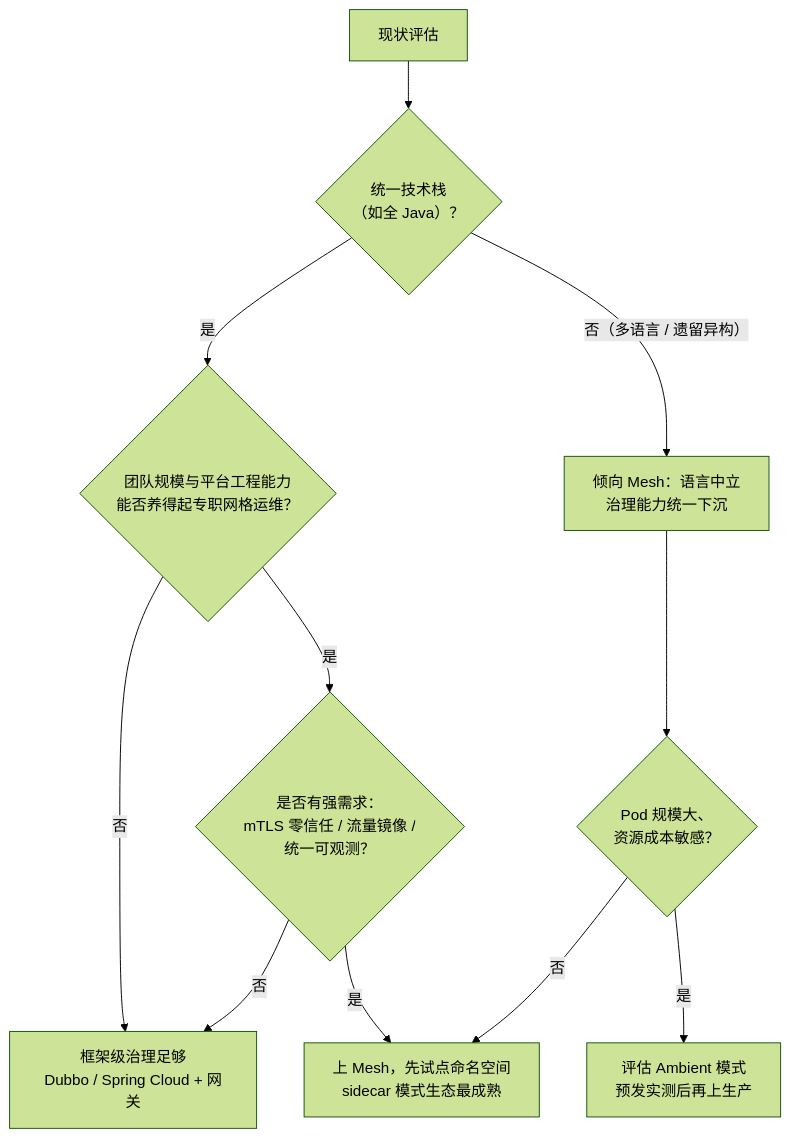
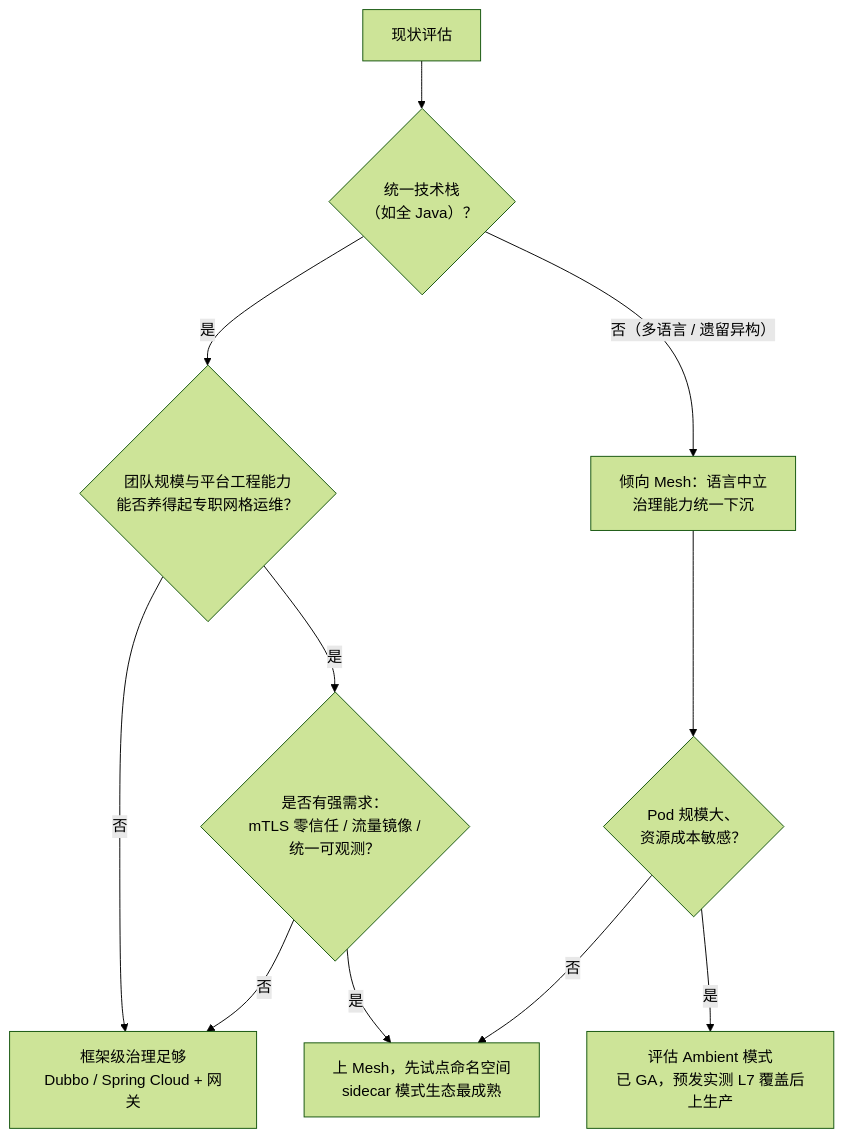
One commit to shuifans/cloud-ai-knowledge-base changed the fifth of 6 diagrams in docs/cloud/native/microservice.md. Above: the diagram before and after it, drawn with Mermaid (forest theme). The commit also changed other lines of this file and 294 other files, not shown here.

First line of the commit message:
更新: 全站 35 篇文章对标 speech-gen 全面升级（深度/配图/引用/决策图）

````diff
--- a/docs/cloud/native/microservice.md
+++ b/docs/cloud/native/microservice.md
@@ -118,13 +467,13 @@
 ```mermaid
 flowchart TD
   S[现状评估] --> Q1{"统一技术栈<br/>（如全 Java）？"}
   Q1 -- 是 --> Q2{"团队规模与平台工程能力<br/>能否养得起专职网格运维？"}
   Q1 -- 否（多语言 / 遗留异构） --> M1[倾向 Mesh：语言中立<br/>治理能力统一下沉]
   Q2 -- 否 --> F[框架级治理足够<br/>Dubbo / Spring Cloud + 网关]
   Q2 -- 是 --> Q3{"是否有强需求：<br/>mTLS 零信任 / 流量镜像 /<br/>统一可观测？"}
   Q3 -- 是 --> M2[上 Mesh，先试点命名空间<br/>sidecar 模式生态最成熟]
   Q3 -- 否 --> F
   M1 --> Q4{Pod 规模大、<br/>资源成本敏感？}
-  Q4 -- 是 --> A[评估 Ambient 模式<br/>预发实测后再上生产]
+  Q4 -- 是 --> A[评估 Ambient 模式<br/>已 GA，预发实测 L7 覆盖后上生产]
   Q4 -- 否 --> M2
 ```
````
